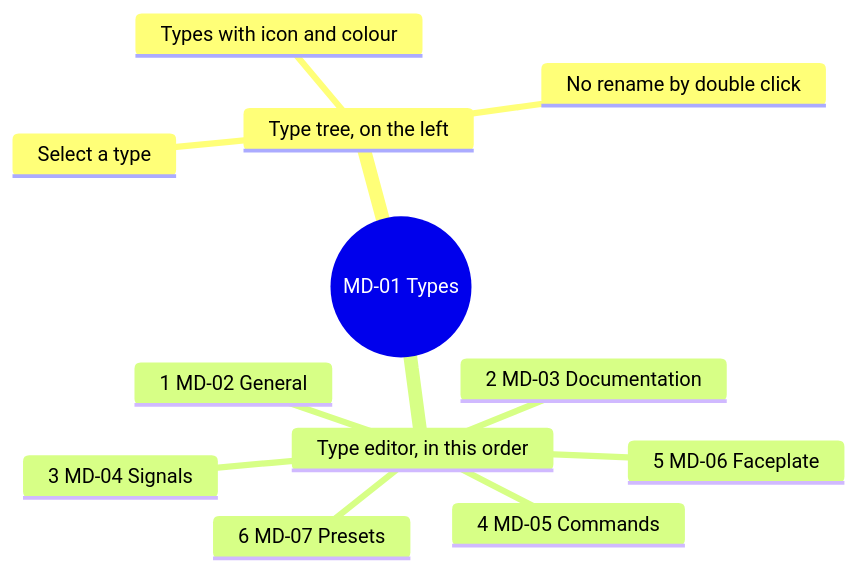
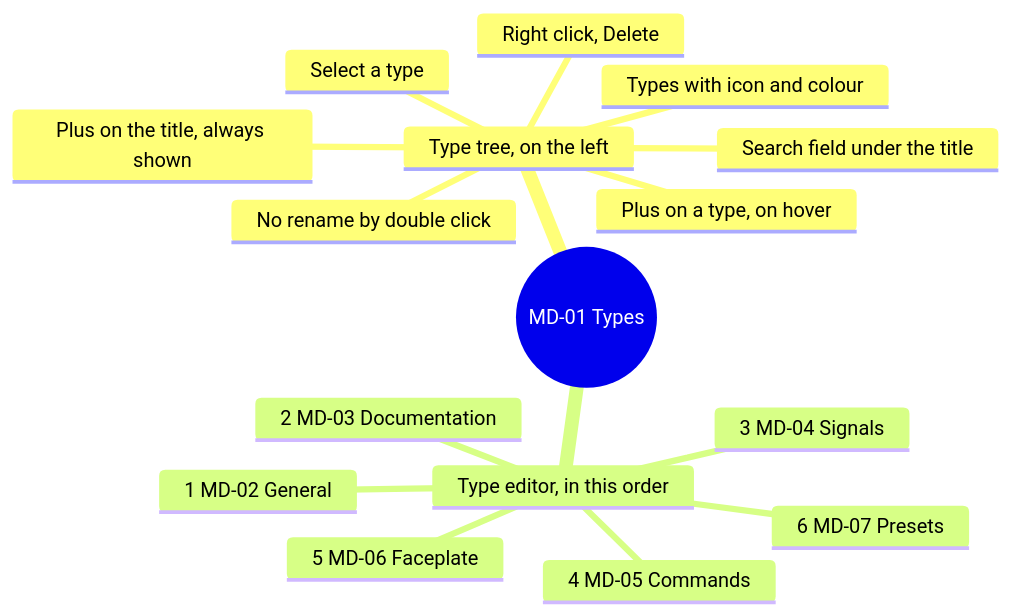
The second of 13 diagrams in screens/metadata.md (AlexandreGallais/synoptic-studio-spec), drawn with Mermaid before and after one commit. The commit also changed other lines of this file and 6 other files, not shown here.

````diff
--- a/screens/metadata.md
+++ b/screens/metadata.md
@@ -34,15 +33,19 @@
 ```mermaid
 mindmap
   root((MD-01 Types))
     Type tree, on the left
+      Plus on the title, always shown
+      Search field under the title
       Types with icon and colour
+      Plus on a type, on hover
       Select a type
+      Right click, Delete
       No rename by double click
     Type editor, in this order
       1 MD-02 General
       2 MD-03 Documentation
       3 MD-04 Signals
       4 MD-05 Commands
       5 MD-06 Faceplate
       6 MD-07 Presets
 ```
````
